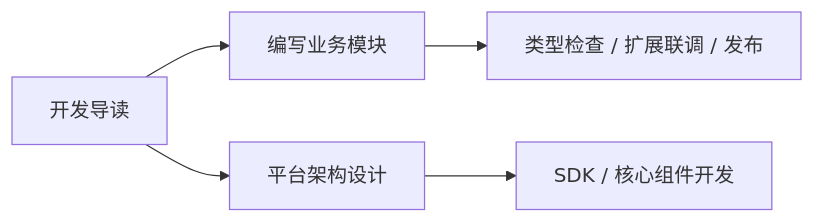
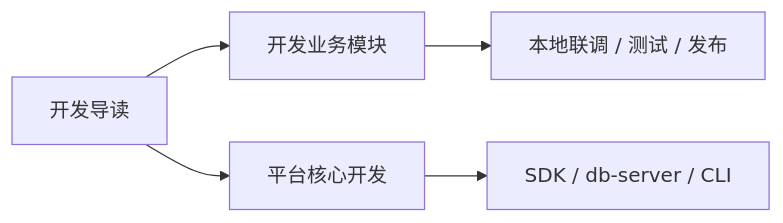
The diagram in docs/zh/dev/index.mdx (DogeLakeDev/ScriptsForMinecraftServer), drawn with Mermaid before and after one commit. The commit also changed other lines of this file and 282 other files, not shown here.

````diff
--- a/docs/zh/dev/index.mdx
+++ b/docs/zh/dev/index.mdx
@@ -7,7 +7,7 @@
 ```mermaid
 flowchart LR
-  A[开发导读] --> B[编写业务模块]
-  B --> C[类型检查 / 扩展联调 / 发布]
-  A --> D[平台架构设计]
-  D --> E[SDK / 核心组件开发]
+  A[开发导读] --> B[开发业务模块]
+  B --> C[本地联调 / 测试 / 发布]
+  A --> D[平台核心开发]
+  D --> E[SDK / db-server / CLI]
 ```
````
